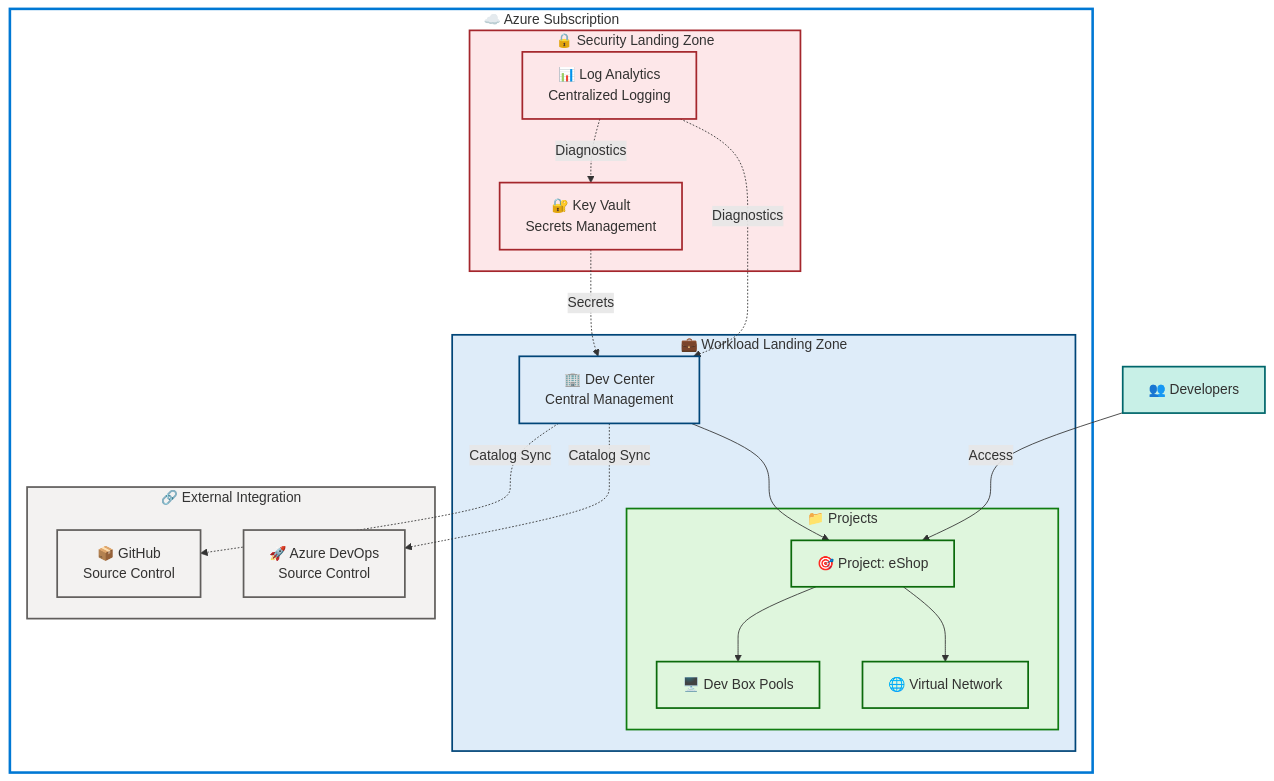
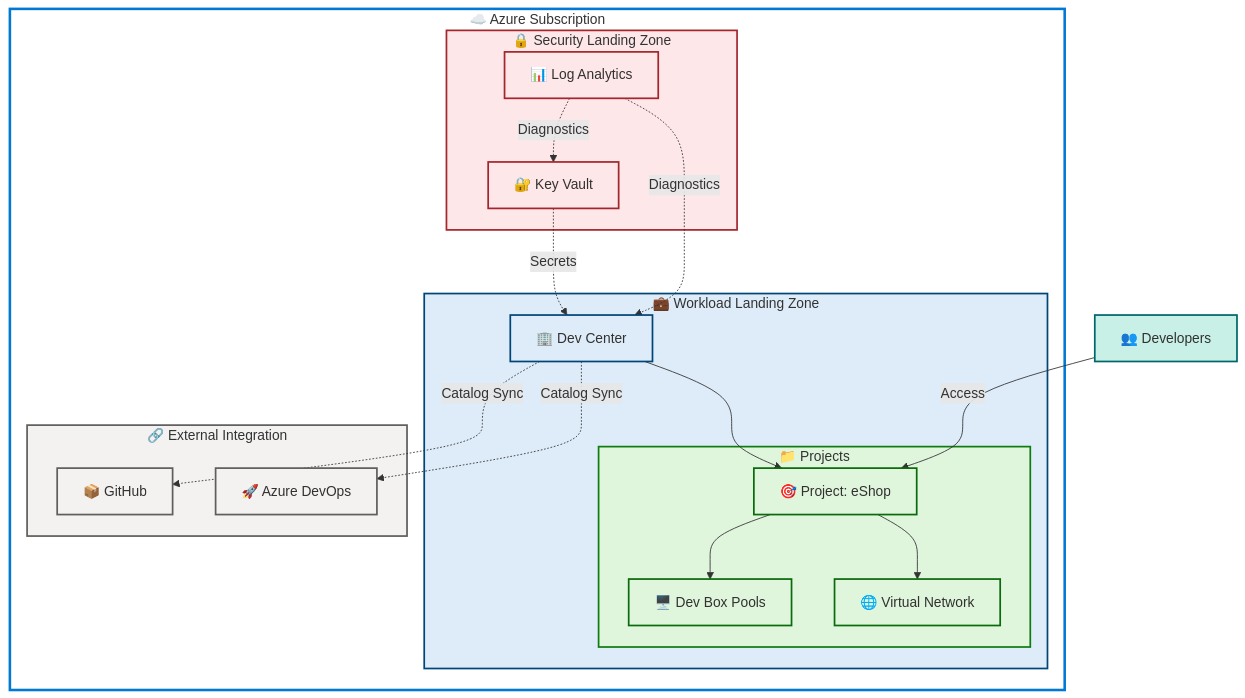
One commit to Evilazaro/DevExp-DevBox changed the diagram in README.md. Above: the diagram before and after it, drawn with Mermaid.

Commit message:
fix: simplify architecture diagram labels for clarity and consistency

````diff
--- a/README.md
+++ b/README.md
@@ -43,69 +43,69 @@
 ```mermaid
 graph TB
     accTitle: Dev Box Architecture
     accDescr: Azure Dev Box infrastructure showing Security Landing Zone with Key Vault and Log Analytics, Workload Landing Zone with DevCenter and Projects, and External Integration with GitHub and Azure DevOps. WCAG AA compliant with 4.5:1 contrast ratios.
 
     %% ═══════════════════════════════════════════════════════════════════════════
     %% AZURE / FLUENT ARCHITECTURE PATTERN v1.1
     %% (Semantic + Structural + Font + Accessibility Governance)
     %% ═══════════════════════════════════════════════════════════════════════════
     %% PHASE 1 - STRUCTURAL: TB direction explicit, flat topology, nesting = 3 levels
     %% PHASE 2 - SEMANTIC: 5 semantic colors justified by function:
     %%   Security=azureOrange, Workload=azureBlue, Data=azureGreen,
     %%   External=neutralGrey, Actors=azureTeal (within 5 class limit)
     %% PHASE 3 - FONT: Dark text #323130 on all light 100-level backgrounds (WCAG AA 4.5:1)
     %%   Special: Security #FDE7E9, Workload #DEECF9, Data #DFF6DD, External #F3F2F1, Actors #C8F0E7
     %% PHASE 4 - ACCESSIBILITY: accTitle/accDescr present, all nodes have emoji icons
     %% PHASE 5 - STANDARD: Governance block present, style directives for all 5 subgraphs,
     %%   classDef declarations centralized, node count = 10 (within 50 limit)
     %% ═══════════════════════════════════════════════════════════════════════════
 
     subgraph AZSUB["☁️ Azure Subscription"]
         subgraph SECLZ["🔒 Security Landing Zone"]
-            KV["🔐 Key Vault<br/>Secrets Management"]:::azureOrange
-            LA["📊 Log Analytics<br/>Centralized Logging"]:::azureOrange
+            KV["🔐 Key Vault"]:::azureOrange
+            LA["📊 Log Analytics"]:::azureOrange
         end
 
         subgraph WKLZ["💼 Workload Landing Zone"]
-            DC["🏢 Dev Center<br/>Central Management"]:::azureBlue
+            DC["🏢 Dev Center"]:::azureBlue
 
             subgraph PROJ["📁 Projects"]
                 P1["🎯 Project: eShop"]:::azureGreen
                 POOL1["🖥️ Dev Box Pools"]:::azureGreen
                 NET1["🌐 Virtual Network"]:::azureGreen
                 P1 --> POOL1
                 P1 --> NET1
             end
 
             DC --> P1
         end
 
         KV -.->|Secrets| DC
         LA -.->|Diagnostics| DC
         LA -.->|Diagnostics| KV
 
         subgraph EXTINT["🔗 External Integration"]
-            GH["📦 GitHub<br/>Source Control"]:::neutralGrey
-            ADO["🚀 Azure DevOps<br/>Source Control"]:::neutralGrey
+            GH["📦 GitHub"]:::neutralGrey
+            ADO["🚀 Azure DevOps"]:::neutralGrey
         end
 
         DC -.->|Catalog Sync| GH
         DC -.->|Catalog Sync| ADO
     end
 
     DEV["👥 Developers"]:::azureTeal -->|Access| P1
 
     %% Centralized classDefs (5 semantic classes)
     classDef azureBlue fill:#DEECF9,stroke:#004578,stroke-width:2px,color:#323130
     classDef azureGreen fill:#DFF6DD,stroke:#0B6A0B,stroke-width:2px,color:#323130
     classDef azureOrange fill:#FDE7E9,stroke:#A4262C,stroke-width:2px,color:#323130
     classDef azureTeal fill:#C8F0E7,stroke:#00666B,stroke-width:2px,color:#323130
     classDef neutralGrey fill:#F3F2F1,stroke:#605E5C,stroke-width:2px,color:#323130
 
     %% Subgraph styling (5 subgraphs = 5 style directives)
     style AZSUB fill:#FFFFFF,stroke:#0078D4,stroke-width:3px
     style SECLZ fill:#FDE7E9,stroke:#A4262C,stroke-width:2px
     style WKLZ fill:#DEECF9,stroke:#004578,stroke-width:2px
     style PROJ fill:#DFF6DD,stroke:#107C10,stroke-width:2px
     style EXTINT fill:#F3F2F1,stroke:#605E5C,stroke-width:2px
 ```
````
